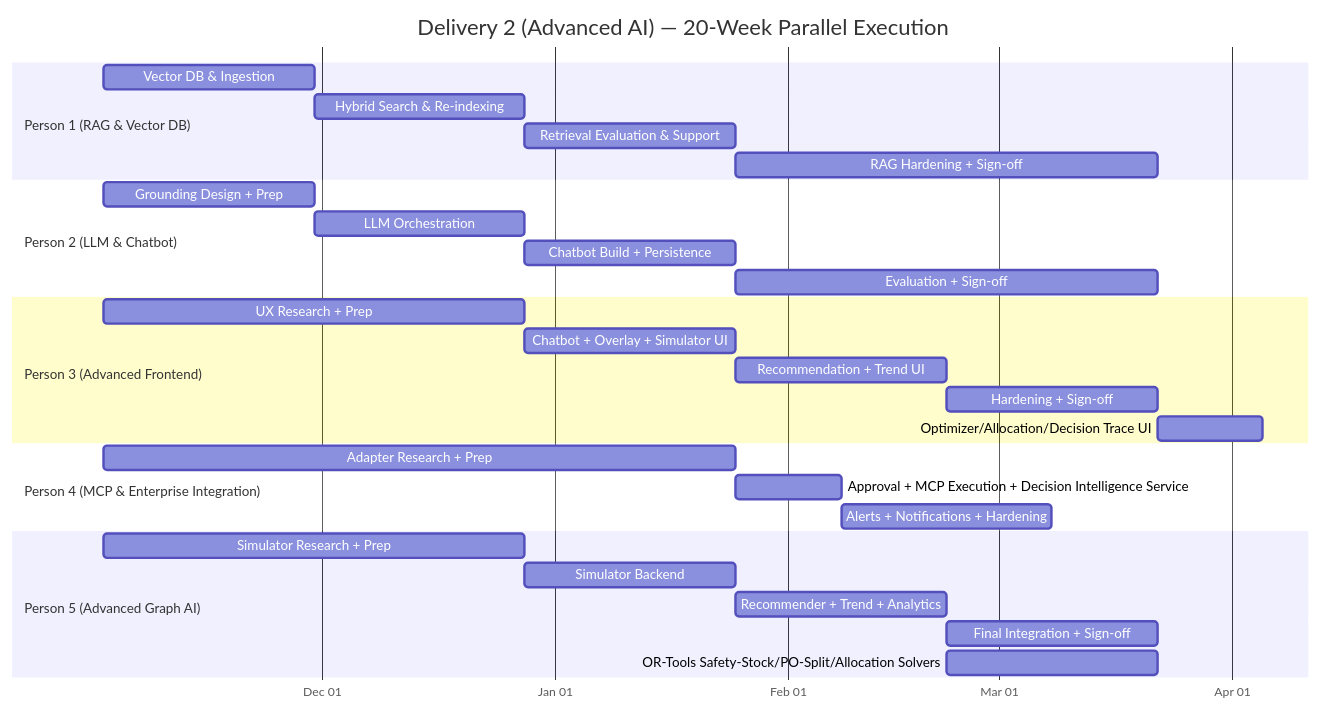
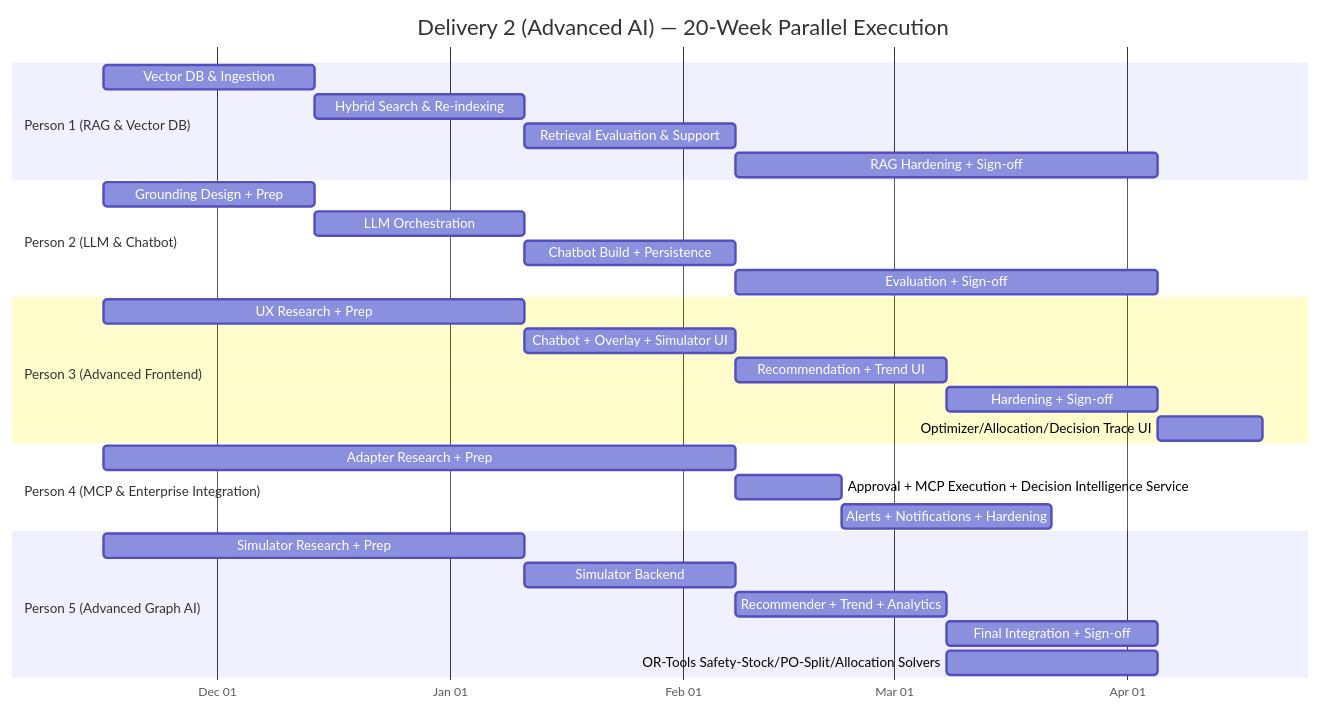
One commit to murali-ftw/ChainPilot changed the sixth of 7 diagrams in docs/team_plan.md. Above: the diagram before and after it, drawn with Mermaid. The commit also changed other lines of this file and 20 other files, not shown here.

Commit message:
Added New Architecture

````diff
--- a/docs/team_plan.md
+++ b/docs/team_plan.md
@@ -1253,37 +1271,37 @@
 ```mermaid
 gantt
     dateFormat  YYYY-MM-DD
     axisFormat  %b %d
     title Delivery 2 (Advanced AI) — 20-Week Parallel Execution
 
     section Person 1 (RAG & Vector DB)
-    Vector DB & Ingestion       :d1a, 2026-11-02, 28d
+    Vector DB & Ingestion       :d1a, 2026-11-16, 28d
     Hybrid Search & Re-indexing :d1b, after d1a, 28d
     Retrieval Evaluation & Support :d1c, after d1b, 28d
     RAG Hardening + Sign-off    :d1d, after d1c, 56d
 
     section Person 2 (LLM & Chatbot)
-    Grounding Design + Prep     :d2a, 2026-11-02, 28d
+    Grounding Design + Prep     :d2a, 2026-11-16, 28d
     LLM Orchestration           :d2b, after d2a, 28d
     Chatbot Build + Persistence :d2c, after d2b, 28d
     Evaluation + Sign-off       :d2d, after d2c, 56d
 
     section Person 3 (Advanced Frontend)
-    UX Research + Prep          :d3a, 2026-11-02, 56d
+    UX Research + Prep          :d3a, 2026-11-16, 56d
     Chatbot + Overlay + Simulator UI :d3b, after d3a, 28d
     Recommendation + Trend UI   :d3c, after d3b, 28d
     Hardening + Sign-off        :d3d, after d3c, 28d
     Optimizer/Allocation/Decision Trace UI :d3e, after d3d, 14d
 
     section Person 4 (MCP & Enterprise Integration)
-    Adapter Research + Prep     :d4a, 2026-11-02, 84d
+    Adapter Research + Prep     :d4a, 2026-11-16, 84d
     Approval + MCP Execution + Decision Intelligence Service :d4b, after d4a, 14d
     Alerts + Notifications + Hardening :d4c, after d4b, 28d
 
     section Person 5 (Advanced Graph AI)
-    Simulator Research + Prep   :d5a, 2026-11-02, 56d
+    Simulator Research + Prep   :d5a, 2026-11-16, 56d
     Simulator Backend           :d5b, after d5a, 28d
     Recommender + Trend + Analytics :d5c, after d5b, 28d
     Final Integration + Sign-off :d5d, after d5c, 28d
     OR-Tools Safety-Stock/PO-Split/Allocation Solvers :d5e, after d5c, 28d
 ```
````
